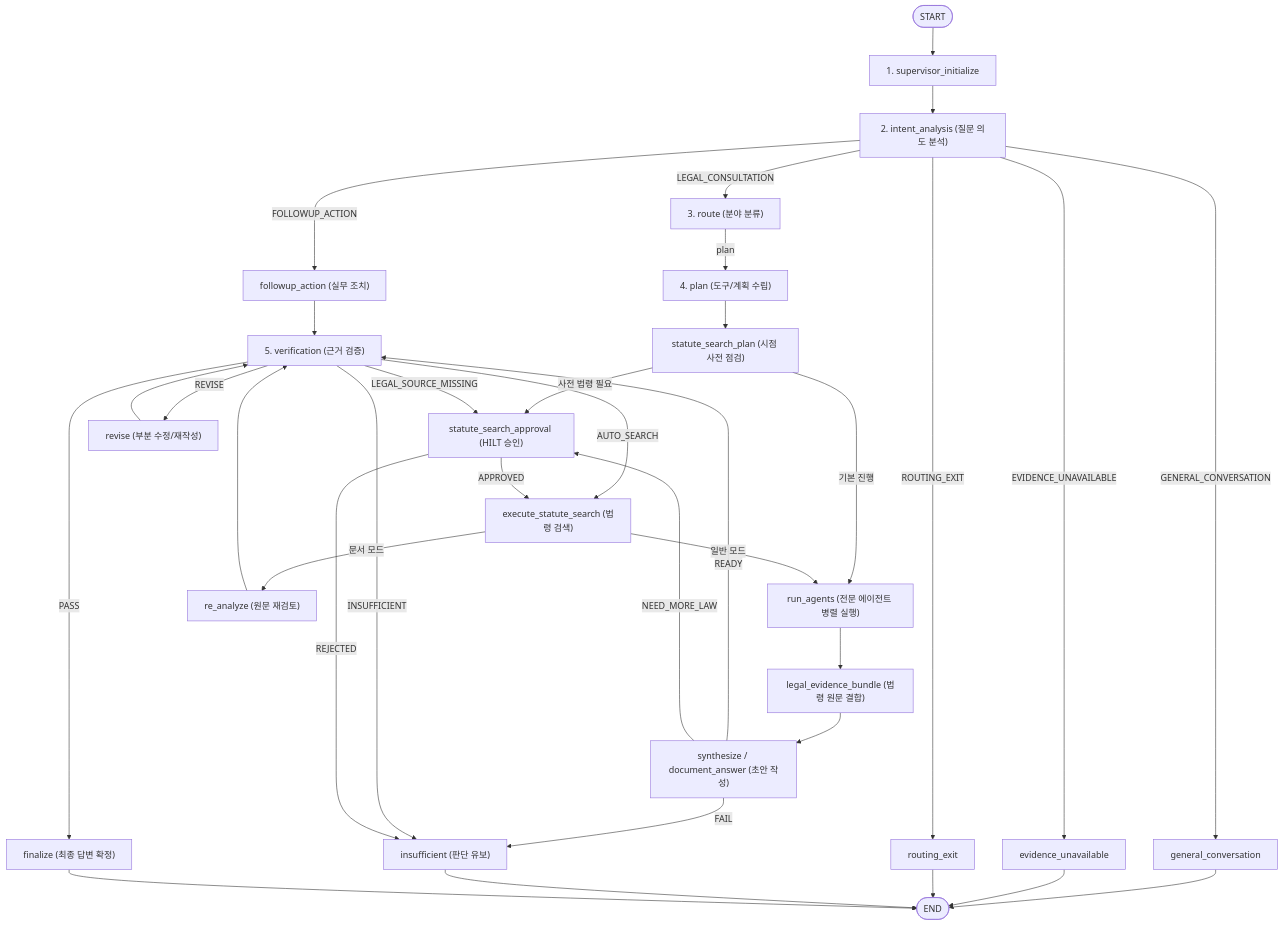
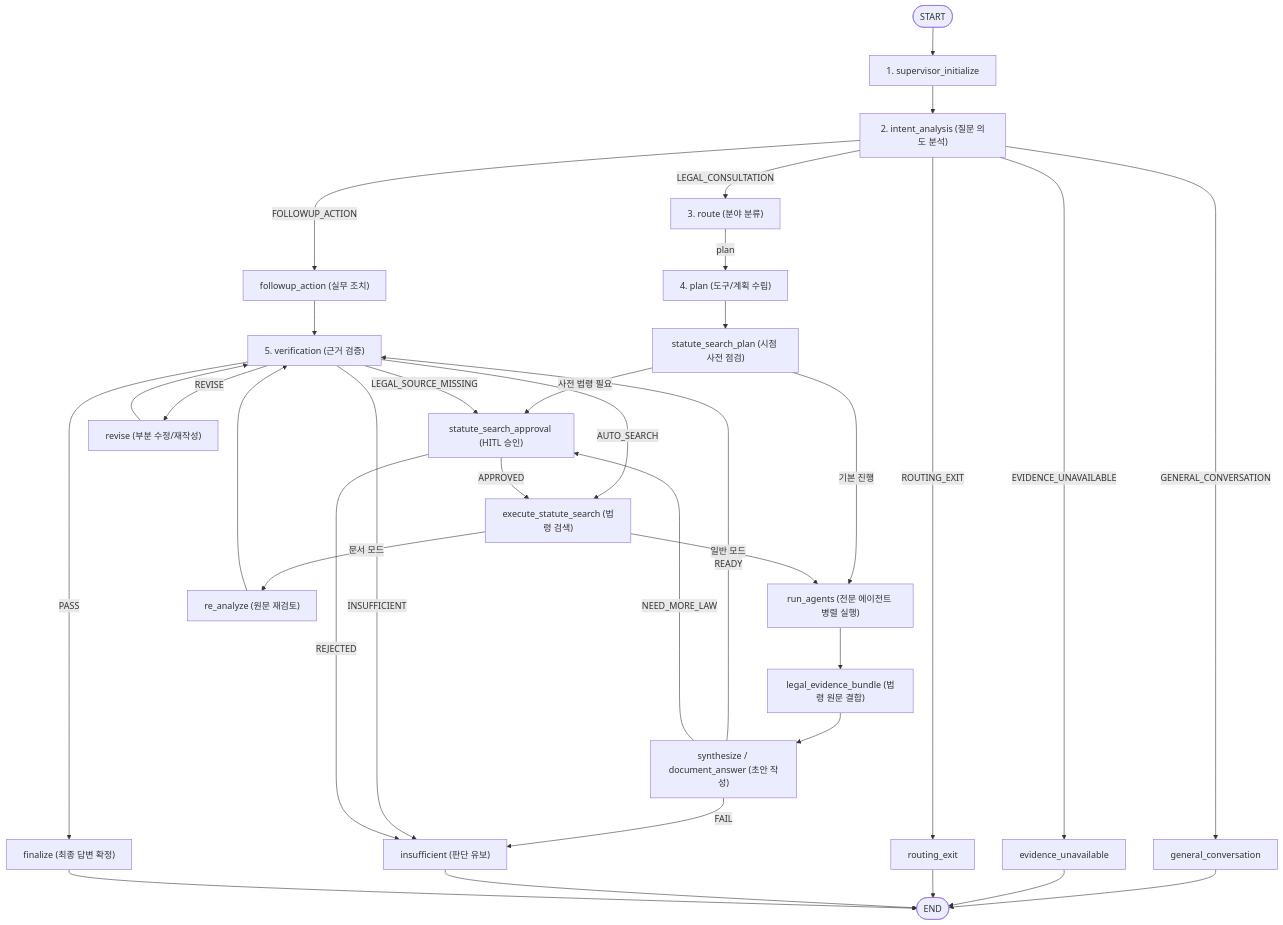
Before and after one commit to yjjungyo/ai-legal-helper: the diagram in docs/analysis/COMPREHENSIVE_CODE_LOGIC_PROMPT_AUDIT_REPORT.md, drawn with Mermaid. The commit also changed other lines of this file, not shown here.

Commit message:
chore: correct HITL acronym spelling only

````diff
--- a/docs/analysis/COMPREHENSIVE_CODE_LOGIC_PROMPT_AUDIT_REPORT.md
+++ b/docs/analysis/COMPREHENSIVE_CODE_LOGIC_PROMPT_AUDIT_REPORT.md
@@ -109,36 +109,36 @@
 ```mermaid
 flowchart TD
     START([START]) --> supervisor_init["1. supervisor_initialize"]
     supervisor_init --> intent_analysis["2. intent_analysis (질문 의도 분석)"]
 
     intent_analysis -->|GENERAL_CONVERSATION| general_conv["general_conversation"] --> END([END])
     intent_analysis -->|EVIDENCE_UNAVAILABLE| evid_unavail["evidence_unavailable"] --> END
     intent_analysis -->|ROUTING_EXIT| routing_exit["routing_exit"] --> END
     intent_analysis -->|FOLLOWUP_ACTION| followup["followup_action (실무 조치)"] --> verification["5. verification (근거 검증)"]
     intent_analysis -->|LEGAL_CONSULTATION| route["3. route (분야 분류)"]
 
     route -->|plan| plan["4. plan (도구/계획 수립)"]
     plan --> statute_plan["statute_search_plan (시점 사전 점검)"]
 
-    statute_plan -->|사전 법령 필요| hilt_approval["statute_search_approval (HILT 승인)"]
+    statute_plan -->|사전 법령 필요| hitl_approval["statute_search_approval (HITL 승인)"]
     statute_plan -->|기본 진행| run_agents["run_agents (전문 에이전트 병렬 실행)"]
 
     run_agents --> evidence_bundle["legal_evidence_bundle (법령 원문 결합)"]
     evidence_bundle --> synthesize["synthesize / document_answer (초안 작성)"]
 
     synthesize -->|READY| verification
-    synthesize -->|NEED_MORE_LAW| hilt_approval
+    synthesize -->|NEED_MORE_LAW| hitl_approval
     synthesize -->|FAIL| insufficient["insufficient (판단 유보)"] --> END
 
     verification -->|PASS| finalize["finalize (최종 답변 확정)"] --> END
-    verification -->|LEGAL_SOURCE_MISSING| hilt_approval
+    verification -->|LEGAL_SOURCE_MISSING| hitl_approval
     verification -->|AUTO_SEARCH| execute_search["execute_statute_search (법령 검색)"]
     verification -->|REVISE| revise["revise (부분 수정/재작성)"] --> verification
     verification -->|INSUFFICIENT| insufficient
 
-    hilt_approval -->|APPROVED| execute_search
-    hilt_approval -->|REJECTED| insufficient
+    hitl_approval -->|APPROVED| execute_search
+    hitl_approval -->|REJECTED| insufficient
 
     execute_search -->|문서 모드| re_analyze["re_analyze (원문 재검토)"] --> verification
     execute_search -->|일반 모드| run_agents
 ```
````
